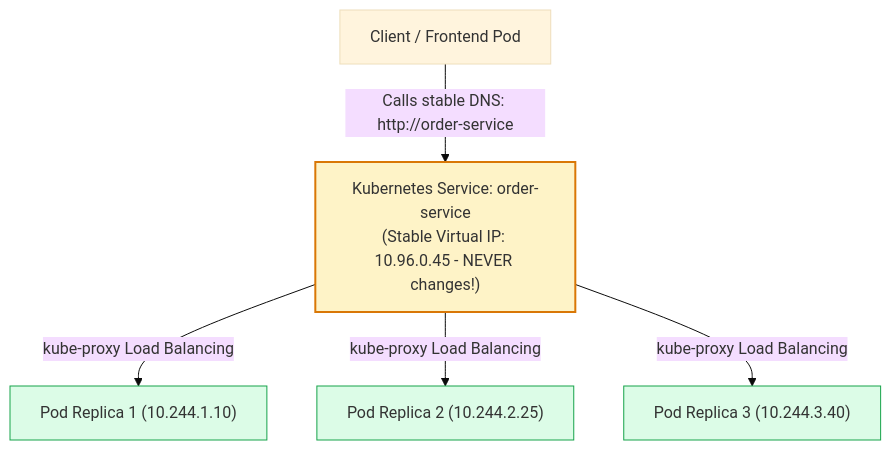
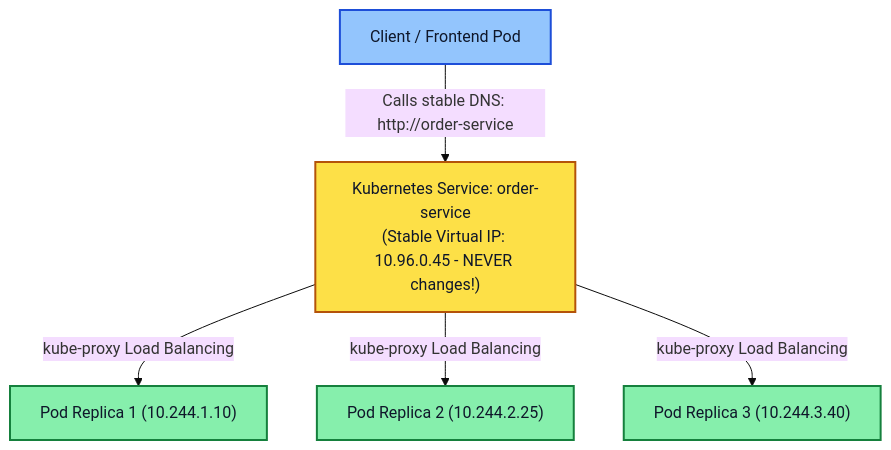
The second of 4 diagrams in 02-Kubernetes/03-Networking-Services-and-Ingress.md (PandeyKishan/Study-Notes), drawn with Mermaid (base theme) before and after one commit. The commit also changed other lines of this file and 22 other files, not shown here.

Commit message:
docs: enhance diagram visibility with high-contrast palette and add concise book definitions

````diff
--- a/02-Kubernetes/03-Networking-Services-and-Ingress.md
+++ b/02-Kubernetes/03-Networking-Services-and-Ingress.md
@@ -38,12 +39,13 @@
 ```mermaid
 flowchart TD
     Client["Client / Frontend Pod"] -->|Calls stable DNS: http://order-service| Svc["Kubernetes Service: order-service\n(Stable Virtual IP: 10.96.0.45 - NEVER changes!)"]
     Svc -->|kube-proxy Load Balancing| Pod1["Pod Replica 1 (10.244.1.10)"]
     Svc -->|kube-proxy Load Balancing| Pod2["Pod Replica 2 (10.244.2.25)"]
     Svc -->|kube-proxy Load Balancing| Pod3["Pod Replica 3 (10.244.3.40)"]
 
-    style Svc fill:#fef3c7,stroke:#d97706,stroke-width:2px
-    style Pod1 fill:#dcfce7,stroke:#16a34a,stroke-width:1px
-    style Pod2 fill:#dcfce7,stroke:#16a34a,stroke-width:1px
-    style Pod3 fill:#dcfce7,stroke:#16a34a,stroke-width:1px
+    style Client fill:#93c5fd,stroke:#1d4ed8,stroke-width:2px,color:#0f172a
+    style Svc fill:#fde047,stroke:#b45309,stroke-width:2px,color:#0f172a
+    style Pod1 fill:#86efac,stroke:#15803d,stroke-width:2px,color:#0f172a
+    style Pod2 fill:#86efac,stroke:#15803d,stroke-width:2px,color:#0f172a
+    style Pod3 fill:#86efac,stroke:#15803d,stroke-width:2px,color:#0f172a
 ```
````
